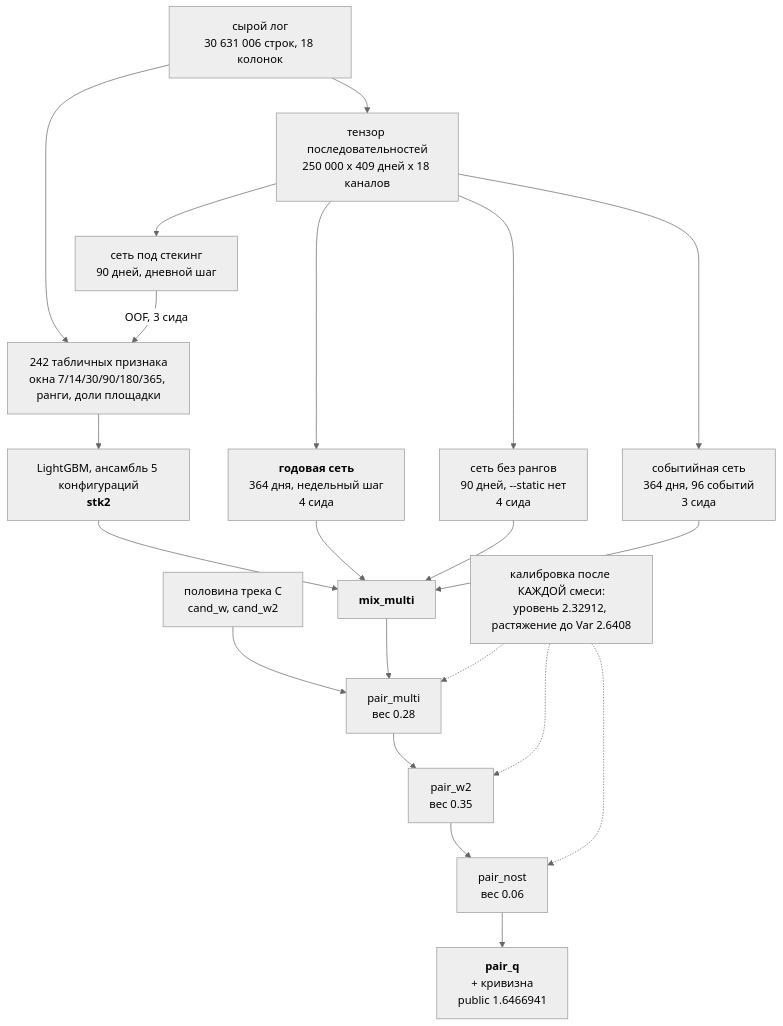
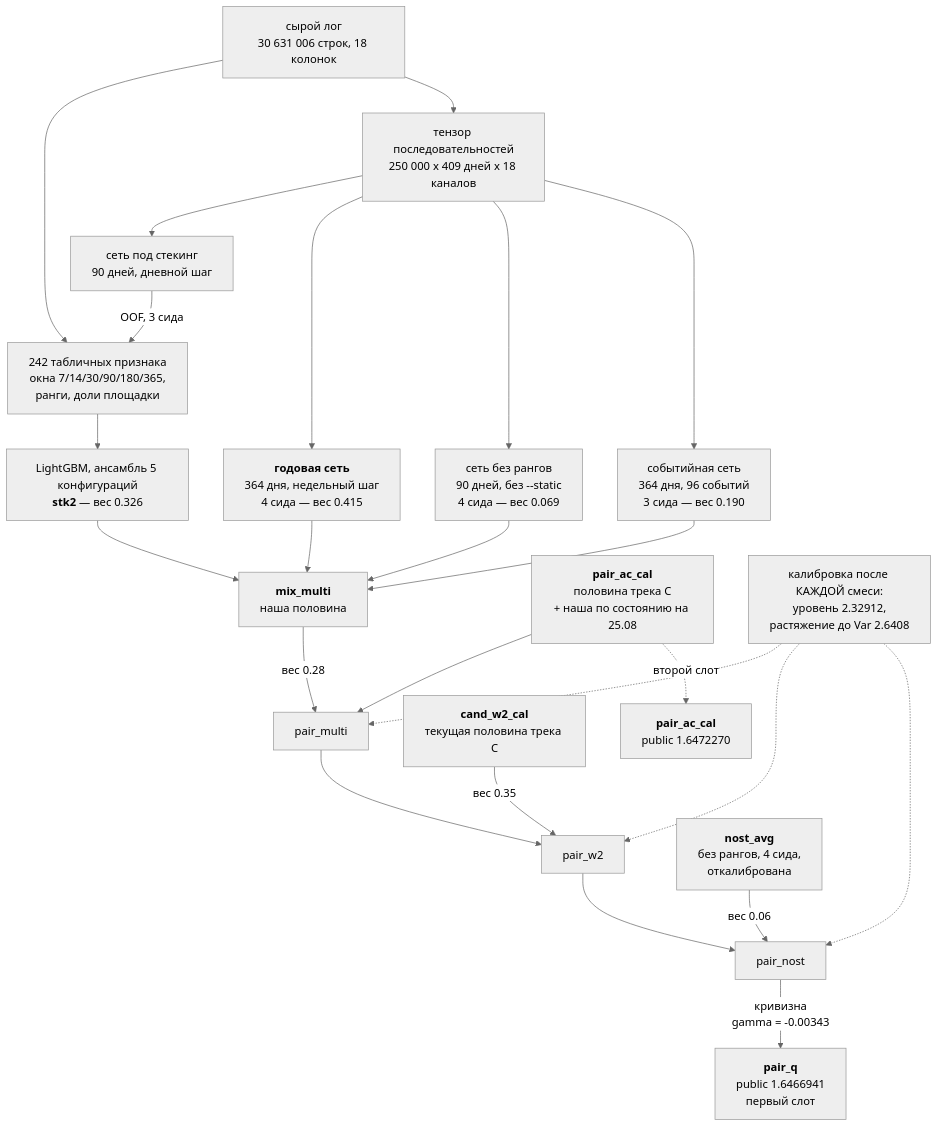
The diagram in docs/jury/README.md (imaO0O/ozon-ml-champ), drawn with Mermaid (neutral theme) before and after one commit. The commit also changed other lines of this file and 4 other files, not shown here.

````diff
--- a/docs/jury/README.md
+++ b/docs/jury/README.md
@@ -41,31 +41,32 @@
 ```mermaid
 flowchart TB
     RAW["сырой лог<br/>30 631 006 строк, 18 колонок"]
-
-    RAW --> FEAT["242 табличных признака<br/>окна 7/14/30/90/180/365, ранги, доли площадки"]
+    RAW --> FEAT["242 табличных признака<br/>окна 7/14/30/90/180/365,<br/>ранги, доли площадки"]
     RAW --> TENS["тензор последовательностей<br/>250 000 x 409 дней x 18 каналов"]
 
     TENS --> NSTK["сеть под стекинг<br/>90 дней, дневной шаг"]
     NSTK -->|"OOF, 3 сида"| FEAT
+    FEAT --> GBM["LightGBM, ансамбль 5 конфигураций<br/><b>stk2</b> — вес 0.326"]
 
-    FEAT --> GBM["LightGBM, ансамбль 5 конфигураций<br/><b>stk2</b>"]
+    TENS --> YEAR["<b>годовая сеть</b><br/>364 дня, недельный шаг<br/>4 сида — вес 0.415"]
+    TENS --> NOST["сеть без рангов<br/>90 дней, без --static<br/>4 сида — вес 0.069"]
+    TENS --> EV["событийная сеть<br/>364 дня, 96 событий<br/>3 сида — вес 0.190"]
 
-    TENS --> YEAR["<b>годовая сеть</b><br/>364 дня, недельный шаг<br/>4 сида"]
-    TENS --> NOST["сеть без рангов<br/>90 дней, --static нет<br/>4 сида"]
-    TENS --> EV["событийная сеть<br/>364 дня, 96 событий<br/>3 сида"]
-
-    GBM --> MIX["<b>mix_multi</b>"]
+    GBM --> MIX["<b>mix_multi</b><br/>наша половина"]
     YEAR --> MIX
     NOST --> MIX
     EV --> MIX
 
-    TC["половина трека C<br/>cand_w, cand_w2"] --> P1
-    MIX --> P1["pair_multi<br/>вес 0.28"]
-    P1 --> P2["pair_w2<br/>вес 0.35"]
-    P2 --> P3["pair_nost<br/>вес 0.06"]
-    P3 --> FIN["<b>pair_q</b><br/>+ кривизна<br/>public 1.6466941"]
+    ACC["<b>pair_ac_cal</b><br/>половина трека C<br/>+ наша по состоянию на 25.08"] --> P1
+    MIX -->|"вес 0.28"| P1["pair_multi"]
+    CW2["<b>cand_w2_cal</b><br/>текущая половина трека C"] -->|"вес 0.35"| P2["pair_w2"]
+    P1 --> P2
+    NAVG["<b>nost_avg</b><br/>без рангов, 4 сида,<br/>откалибрована"] -->|"вес 0.06"| P3["pair_nost"]
+    P2 --> P3
+    P3 -->|"кривизна<br/>gamma = -0.00343"| FIN["<b>pair_q</b><br/>public 1.6466941<br/>первый слот"]
+    ACC -.->|"второй слот"| FIN2["<b>pair_ac_cal</b><br/>public 1.6472270"]
 
-    CAL["калибровка после КАЖДОЙ смеси:<br/>уровень 2.32912, растяжение до Var 2.6408"] -.-> P1
+    CAL["калибровка после КАЖДОЙ смеси:<br/>уровень 2.32912,<br/>растяжение до Var 2.6408"] -.-> P1
     CAL -.-> P2
     CAL -.-> P3
 ```
````
